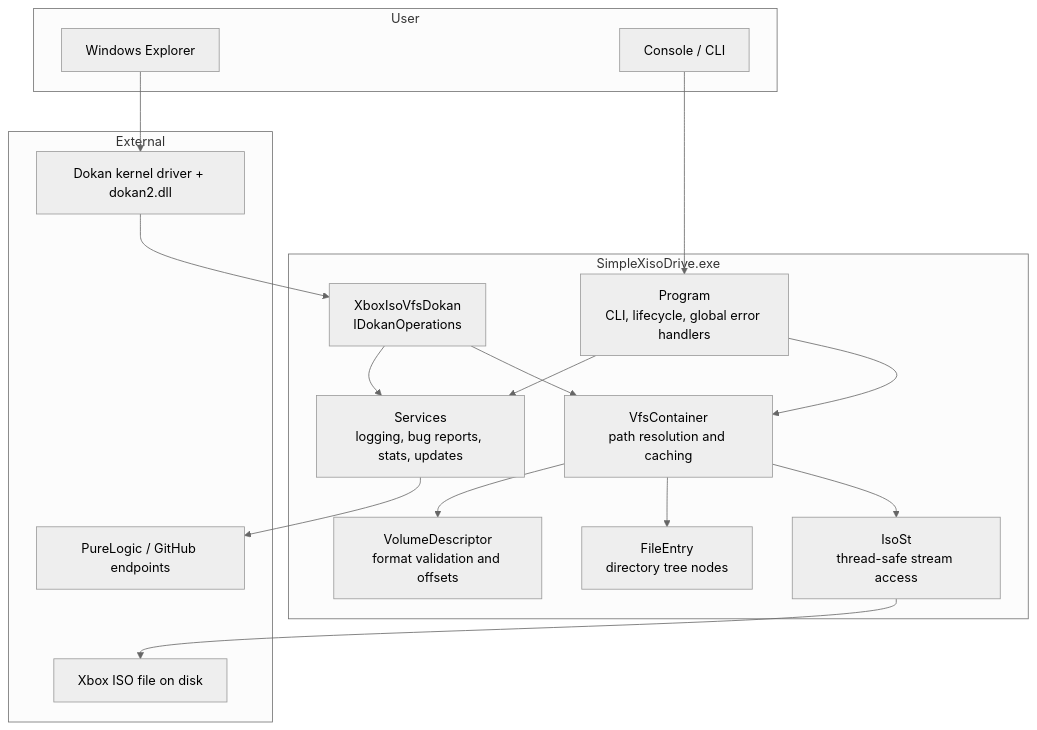
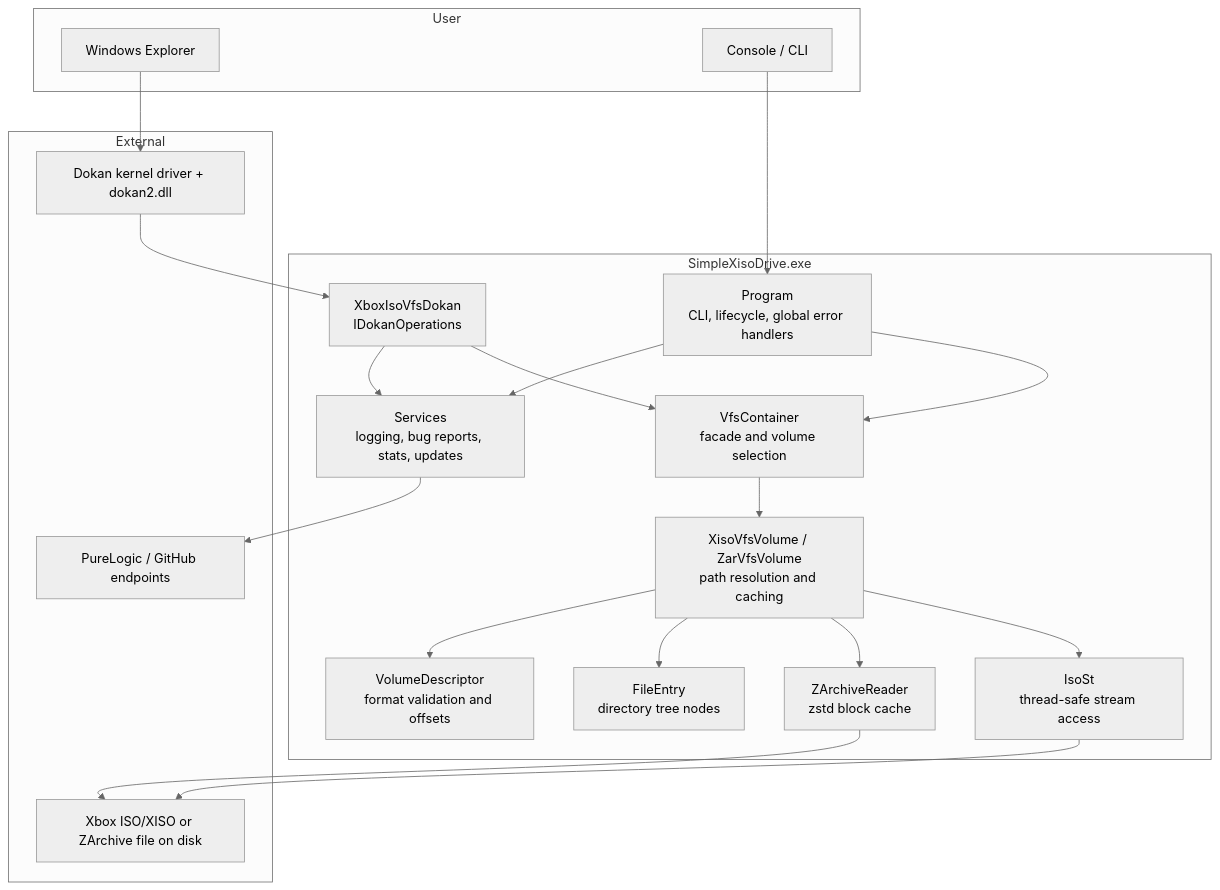
One commit to purelogiccode/SimpleXisoDrive changed the first of 2 diagrams in docs/Architecture.md. Above: the diagram before and after it, drawn with Mermaid (neutral theme). The commit also changed other lines of this file and 30 other files, not shown here.

First line of the commit message:
Add ZArchive (.zar) mounting support

````diff
--- a/docs/Architecture.md
+++ b/docs/Architecture.md
@@ -10,36 +10,41 @@
 ```mermaid
 flowchart TD
     subgraph User["User"]
         Explorer["Windows Explorer"]
         Console["Console / CLI"]
     end
 
     subgraph App["SimpleXisoDrive.exe"]
         Program["Program<br/>CLI, lifecycle, global error handlers"]
         DokanOps["XboxIsoVfsDokan<br/>IDokanOperations"]
-        Vfs["VfsContainer<br/>path resolution and caching"]
+        Vfs["VfsContainer<br/>facade and volume selection"]
+        Volumes["XisoVfsVolume / ZarVfsVolume<br/>path resolution and caching"]
         IsoSt["IsoSt<br/>thread-safe stream access"]
+        Zar["ZArchiveReader<br/>zstd block cache"]
         Vd["VolumeDescriptor<br/>format validation and offsets"]
         Fe["FileEntry<br/>directory tree nodes"]
         Services["Services<br/>logging, bug reports, stats, updates"]
     end
 
     subgraph External["External"]
         Dokan["Dokan kernel driver + dokan2.dll"]
-        Image["Xbox ISO file on disk"]
+        Image["Xbox ISO/XISO or ZArchive file on disk"]
         Api["PureLogic / GitHub endpoints"]
     end
 
     Explorer --> Dokan
     Console --> Program
     Dokan --> DokanOps
     DokanOps --> Vfs
-    Vfs --> IsoSt
-    Vfs --> Fe
-    Vfs --> Vd
+    Vfs --> Volumes
+    Volumes --> IsoSt
+    Volumes --> Zar
+    Volumes --> Fe
+    Volumes --> Vd
     IsoSt --> Image
+    Zar --> Image
     Program --> Vfs
     Program --> Services
     DokanOps --> Services
     Services --> Api
 ```
````
